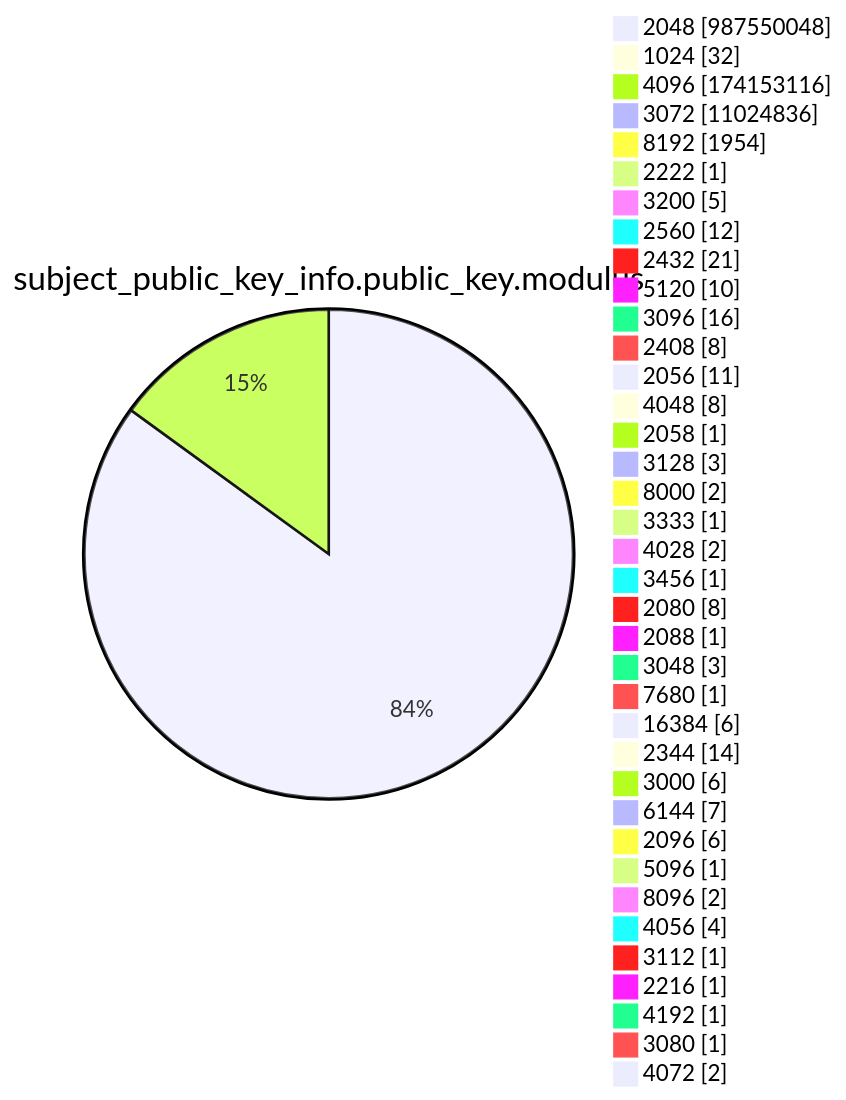
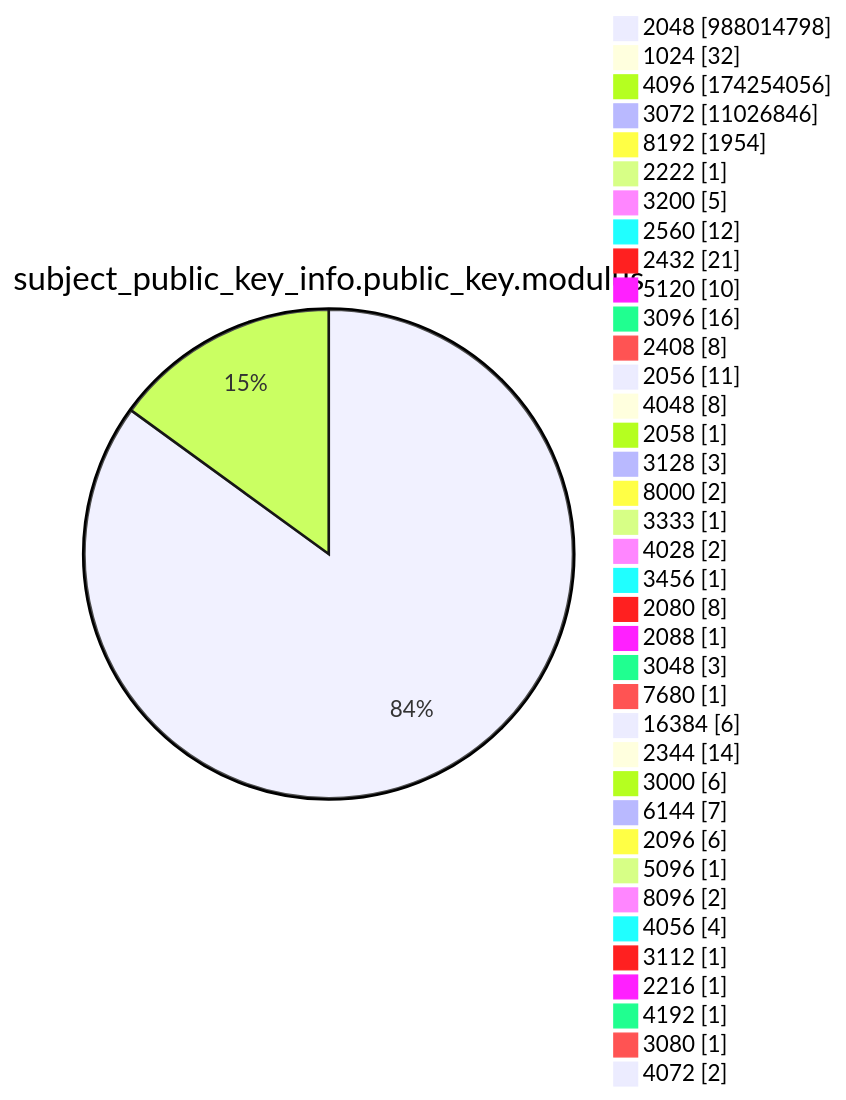
Diagram 13 of 15 in argon2022/README.md (christiankrug/ctmonitor_visualization), drawn with Mermaid before and after one commit. The commit also changed other lines of this file, not shown here.

````diff
--- a/argon2022/README.md
+++ b/argon2022/README.md
@@ -3587,41 +3587,41 @@
 ```mermaid
 pie showData
 title subject_public_key_info.public_key.modulus
-"2048" :987550048
+"2048" :988014798
 "1024" :32
-"4096" :174153116
-"3072" :11024836
+"4096" :174254056
+"3072" :11026846
 "8192" :1954
 "2222" :1
 "3200" :5
 "2560" :12
 "2432" :21
 "5120" :10
 "3096" :16
 "2408" :8
 "2056" :11
 "4048" :8
 "2058" :1
 "3128" :3
 "8000" :2
 "3333" :1
 "4028" :2
 "3456" :1
 "2080" :8
 "2088" :1
 "3048" :3
 "7680" :1
 "16384" :6
 "2344" :14
 "3000" :6
 "6144" :7
 "2096" :6
 "5096" :1
 "8096" :2
 "4056" :4
 "3112" :1
 "2216" :1
 "4192" :1
 "3080" :1
 "4072" :2
 ```
````
